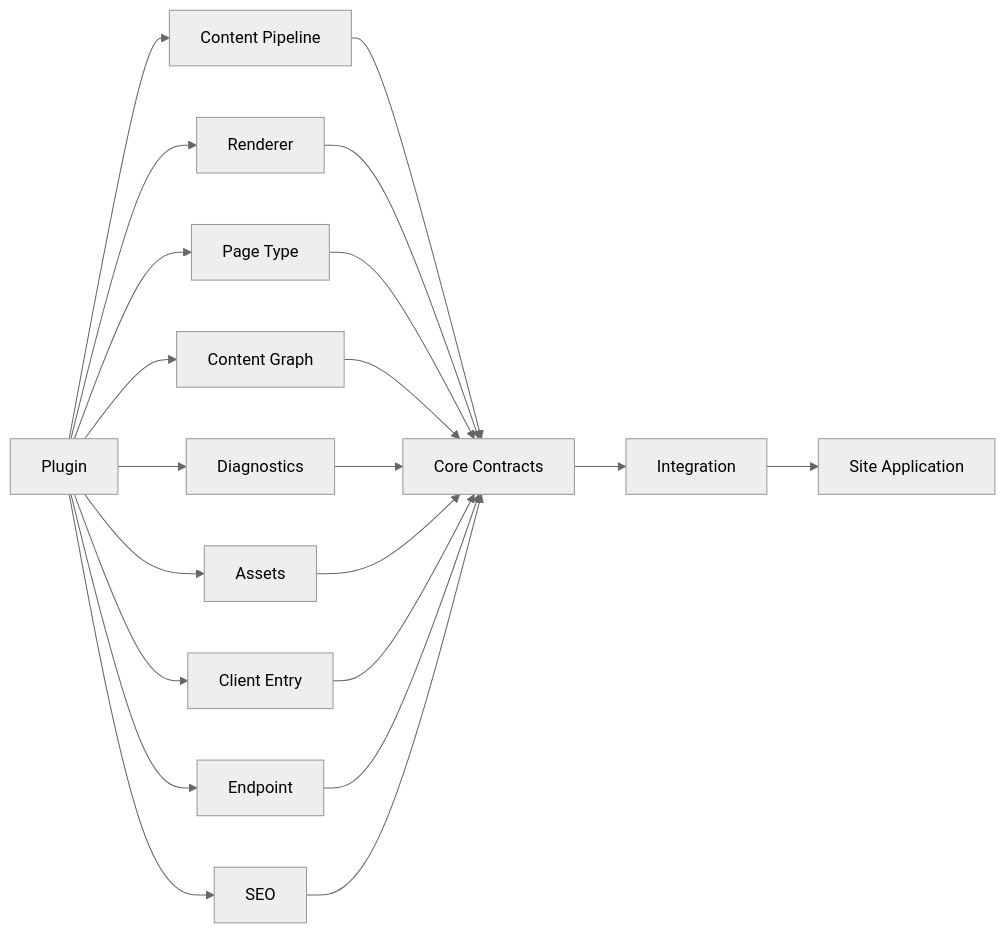
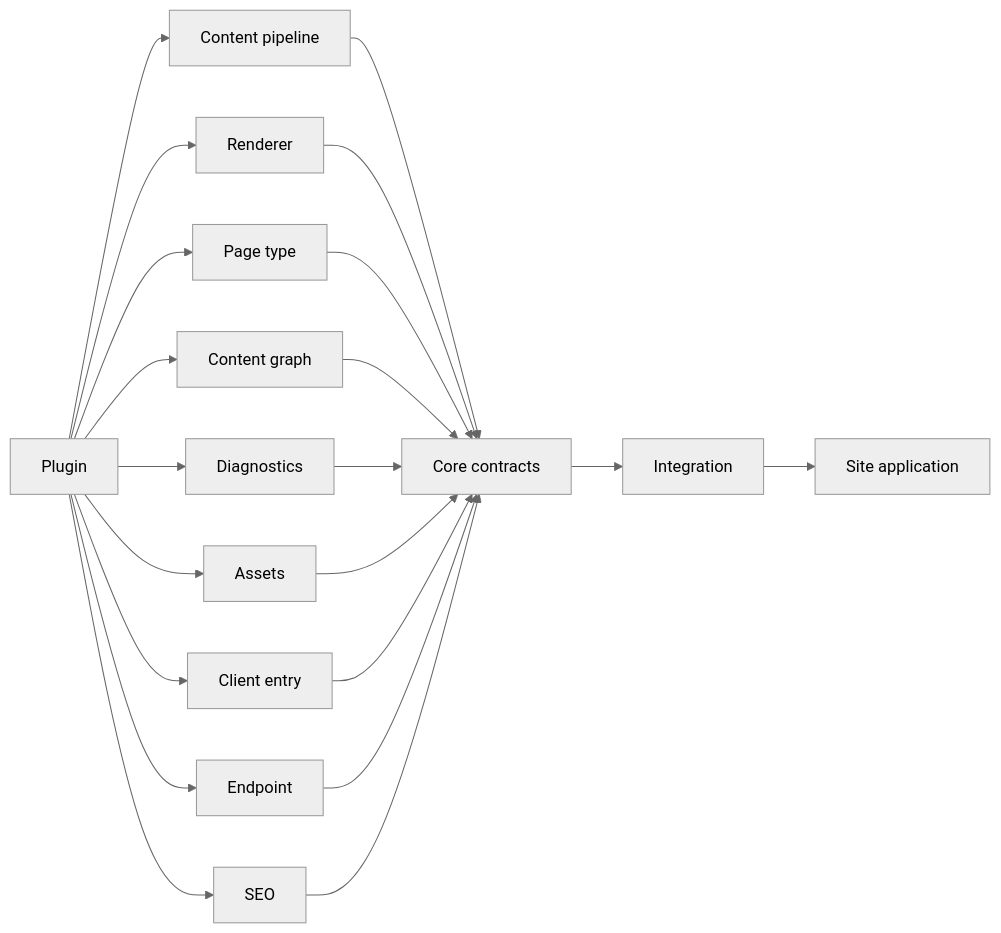
Diagram 13 of 13 in docs/docs/reference/plugin-api.md (Rerurate514/riebeckite), drawn with Mermaid (neutral theme) before and after one commit. The commit also changed other lines of this file and 604 other files, not shown here.

````diff
--- a/docs/docs/reference/plugin-api.md
+++ b/docs/docs/reference/plugin-api.md
@@ -1097,27 +867,27 @@
 ```mermaid
 flowchart LR
     Plugin["Plugin"]
 
-    Plugin --> Pipeline["Content Pipeline"]
+    Plugin --> Pipeline["Content pipeline"]
     Plugin --> Renderer["Renderer"]
-    Plugin --> Page["Page Type"]
-    Plugin --> Graph["Content Graph"]
+    Plugin --> Page["Page type"]
+    Plugin --> Graph["Content graph"]
     Plugin --> Diagnostics["Diagnostics"]
     Plugin --> Asset["Assets"]
-    Plugin --> Client["Client Entry"]
+    Plugin --> Client["Client entry"]
     Plugin --> Endpoint["Endpoint"]
     Plugin --> SEO["SEO"]
 
-    Pipeline --> Core["Core Contracts"]
+    Pipeline --> Core["Core contracts"]
     Renderer --> Core
     Page --> Core
     Graph --> Core
     Diagnostics --> Core
     Asset --> Core
     Client --> Core
     Endpoint --> Core
     SEO --> Core
 
     Core --> Integration["Integration"]
-    Integration --> Site["Site Application"]
+    Integration --> Site["Site application"]
 ```
````
